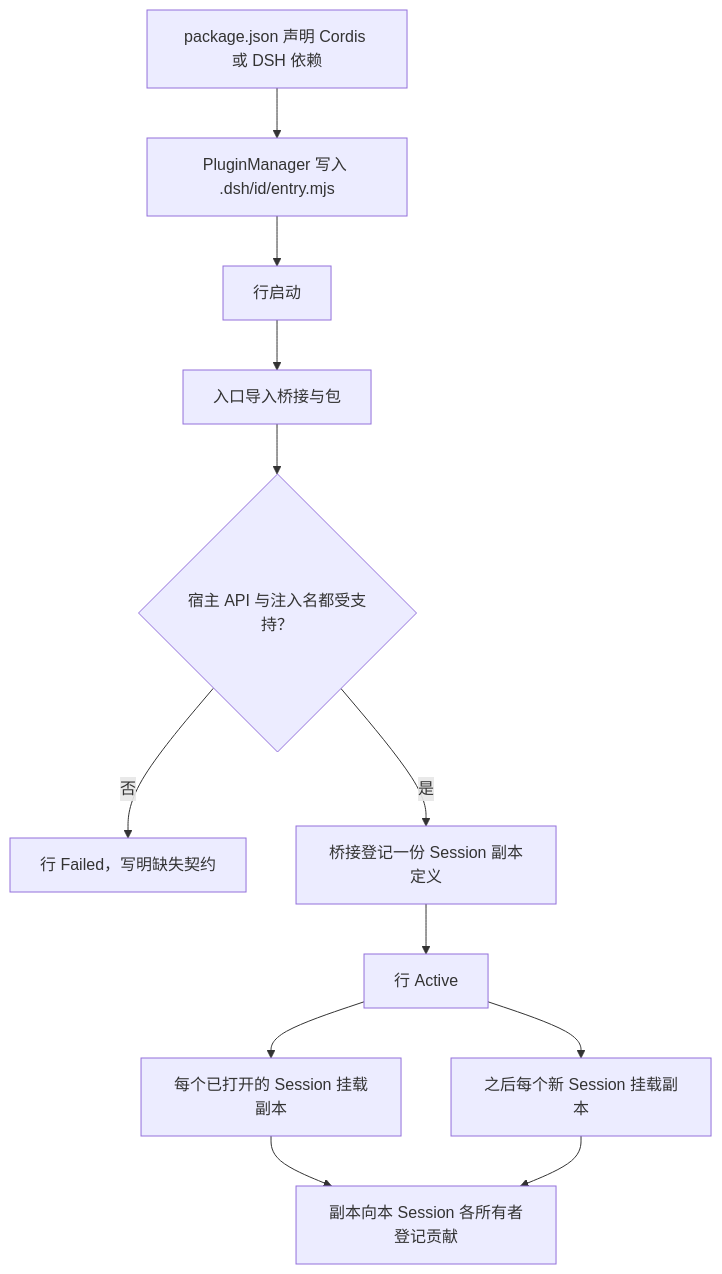
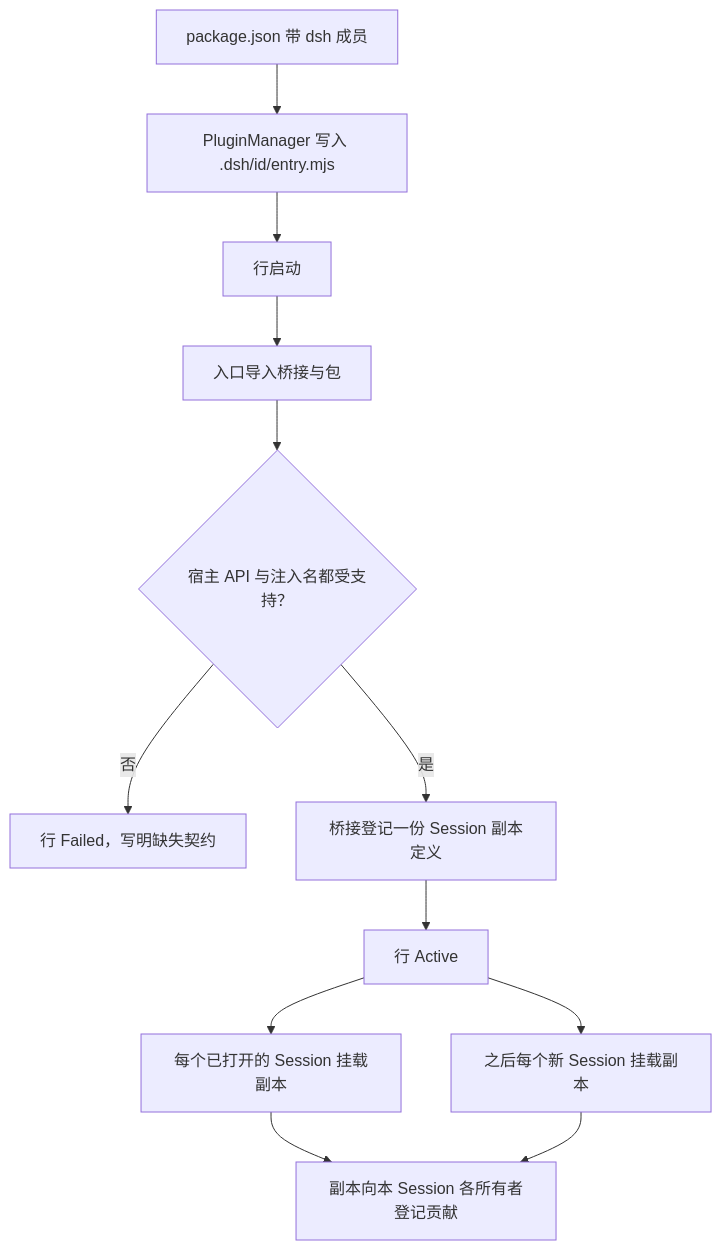
One commit to arcships/dim changed the second of 6 diagrams in docs/zh/design/plugins/DshPackages.md. Above: the diagram before and after it, drawn with Mermaid. The commit also changed other lines of this file and 1 other file, not shown here.

First line of the commit message:
docs(plugins): take the DSH host API from the harness contract

````diff
--- a/docs/zh/design/plugins/DshPackages.md
+++ b/docs/zh/design/plugins/DshPackages.md
@@ -140,14 +140,14 @@
 ```mermaid
 flowchart TD
-  A["package.json 声明 Cordis 或 DSH 依赖"] --> B["PluginManager 写入 .dsh/id/entry.mjs"]
+  A["package.json 带 dsh 成员"] --> B["PluginManager 写入 .dsh/id/entry.mjs"]
   B --> C["行启动"]
   C --> D["入口导入桥接与包"]
   D --> E{"宿主 API 与注入名都受支持？"}
   E -->|否| F["行 Failed，写明缺失契约"]
   E -->|是| G["桥接登记一份 Session 副本定义"]
   G --> H["行 Active"]
   H --> I["每个已打开的 Session 挂载副本"]
   H --> J["之后每个新 Session 挂载副本"]
   I --> K["副本向本 Session 各所有者登记贡献"]
   J --> K
 ```
````
